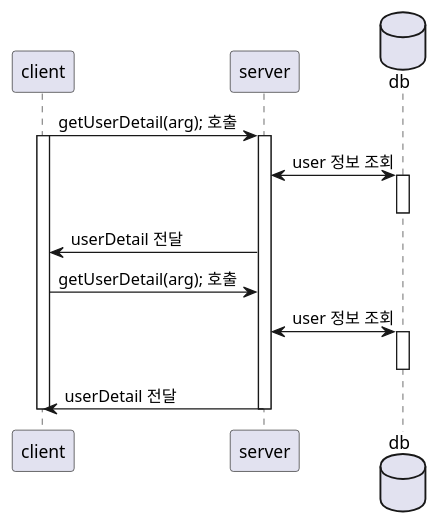
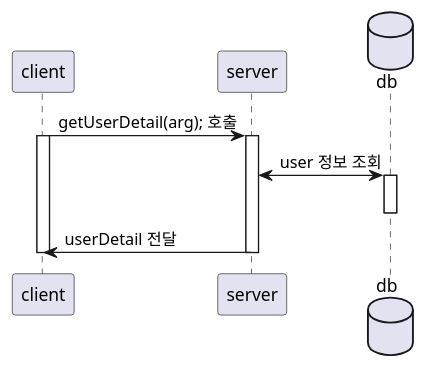
Before and after one commit to glqdlt/ex-grpc: the diagram in uml/block-one-way.puml, drawn with PlantUML. The commit also changed 2 other files, not shown here.

Commit message:
uml update

```diff
--- a/uml/block-one-way.puml
+++ b/uml/block-one-way.puml
@@ -1,21 +1,14 @@
 @startuml
 
 client -> server : getUserDetail(arg); 호출
 activate client
 activate server
 database db
 server <-> db : user 정보 조회
 activate db
 deactivate db
 server -> client : userDetail 전달
-
-client -> server : getUserDetail(arg); 호출
-database db
-server <-> db : user 정보 조회
-activate db
-deactivate db
-server -> client : userDetail 전달
 deactivate server
 deactivate client
 
 @enduml
```
